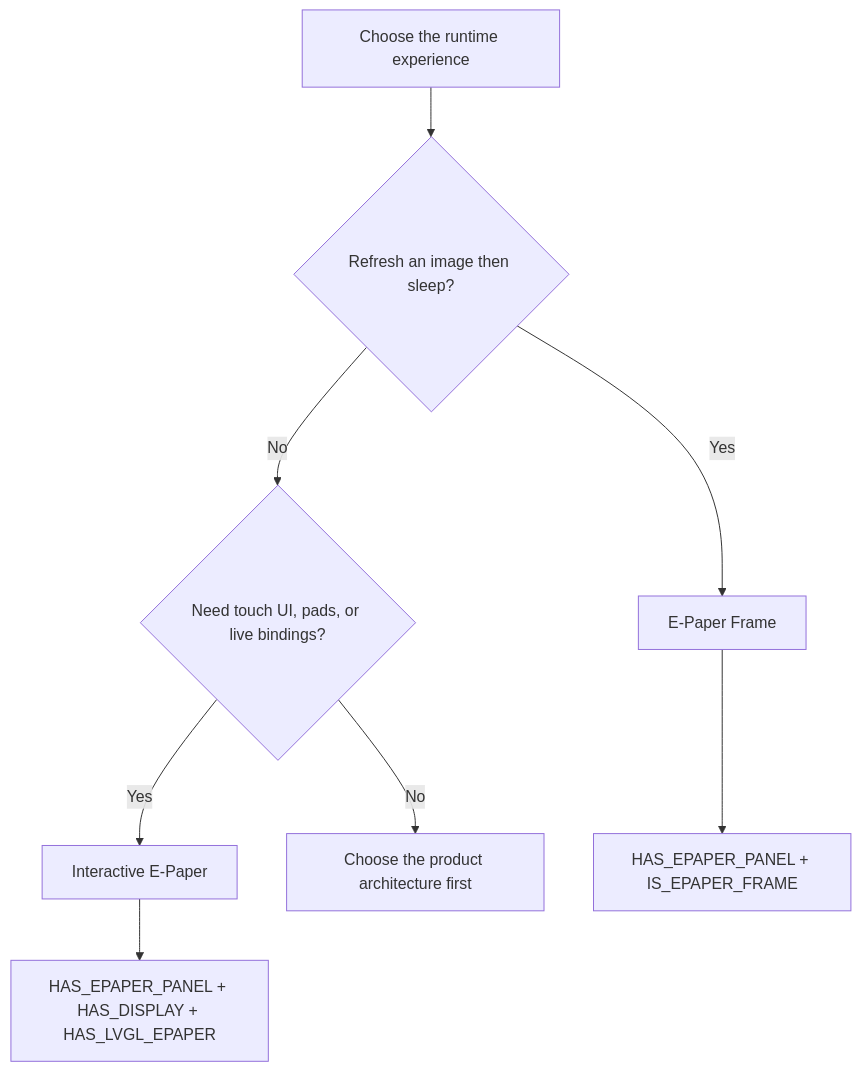
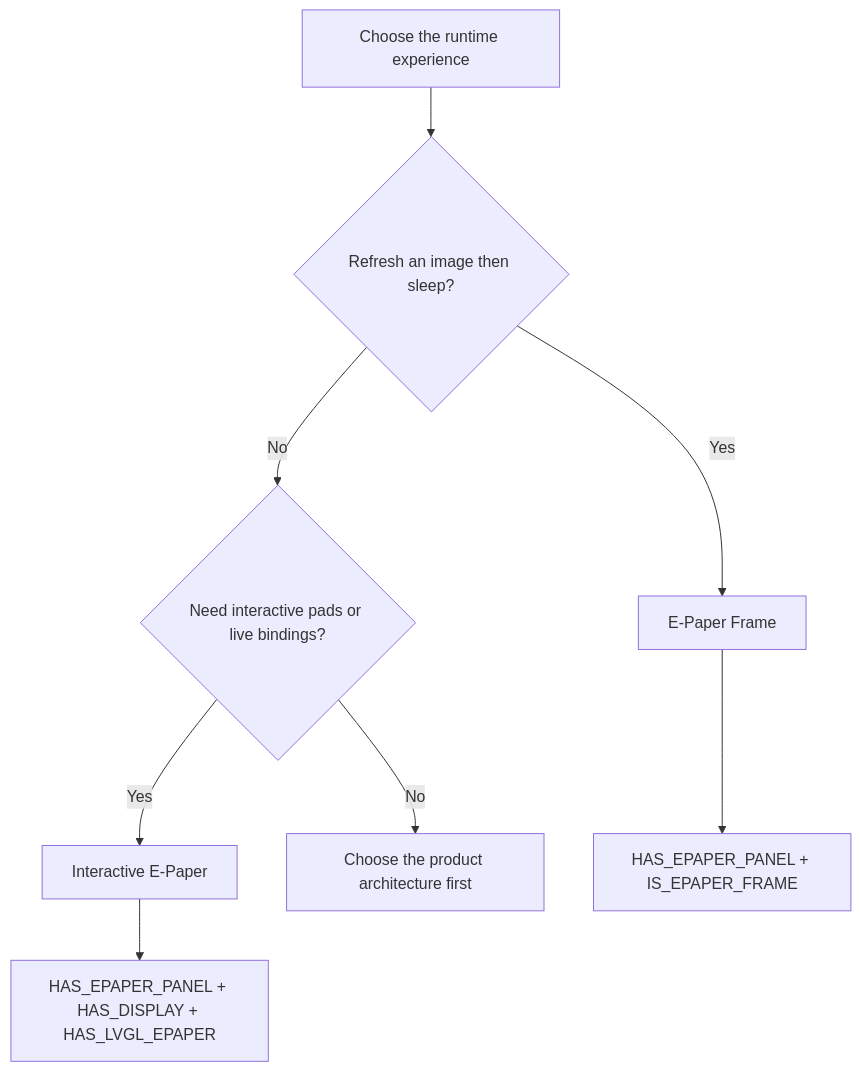
The diagram in docs/epaper-architectures.md (jantielens/esp32-macropad), drawn with Mermaid before and after one commit. The commit also changed other lines of this file and 45 other files, not shown here.

````diff
--- a/docs/epaper-architectures.md
+++ b/docs/epaper-architectures.md
@@ -22,10 +22,10 @@
 ```mermaid
 flowchart TD
     Start[Choose the runtime experience] --> Sleep{Refresh an image then sleep?}
     Sleep -->|Yes| Frame[E-Paper Frame]
-    Sleep -->|No| Interactive{Need touch UI, pads, or live bindings?}
+    Sleep -->|No| Interactive{Need interactive pads or live bindings?}
     Interactive -->|Yes| Lvgl[Interactive E-Paper]
     Interactive -->|No| Reassess[Choose the product architecture first]
     Frame --> FrameFlags[HAS_EPAPER_PANEL + IS_EPAPER_FRAME]
     Lvgl --> LvglFlags[HAS_EPAPER_PANEL + HAS_DISPLAY + HAS_LVGL_EPAPER]
 ```
````
